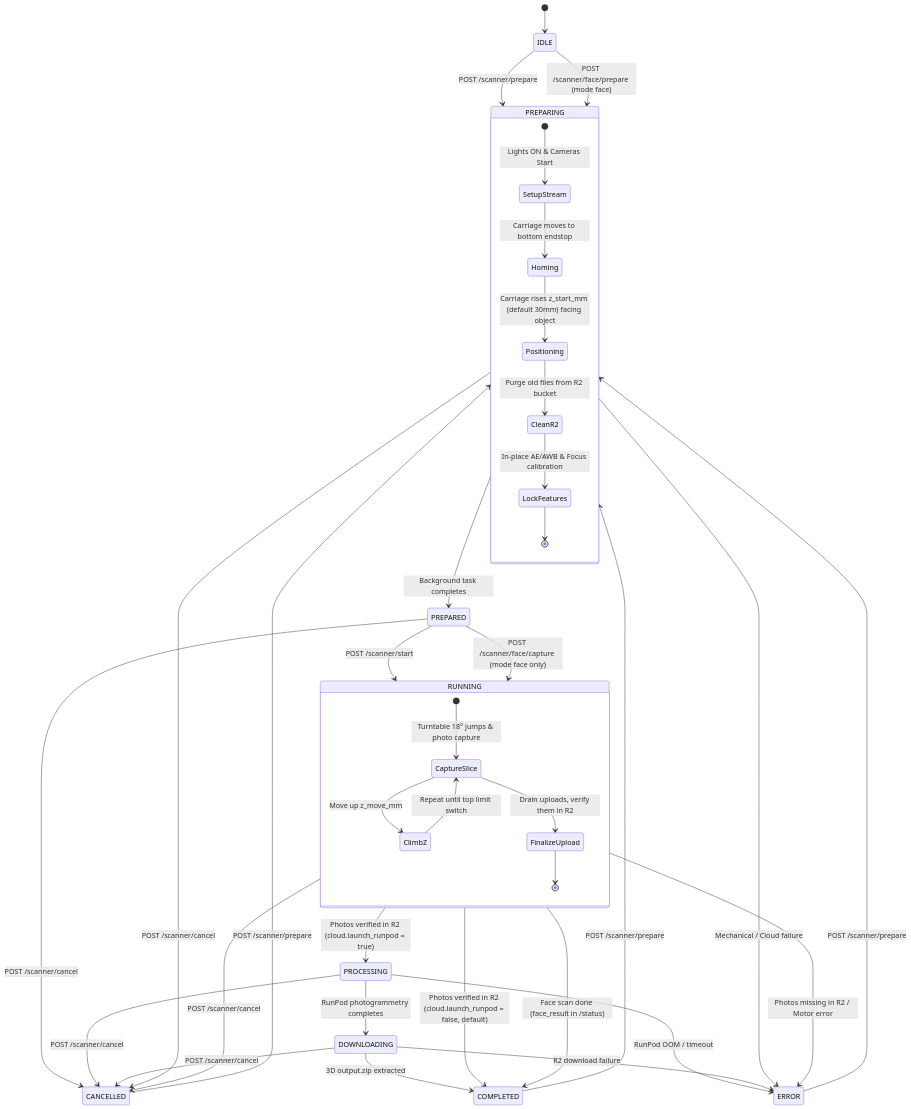
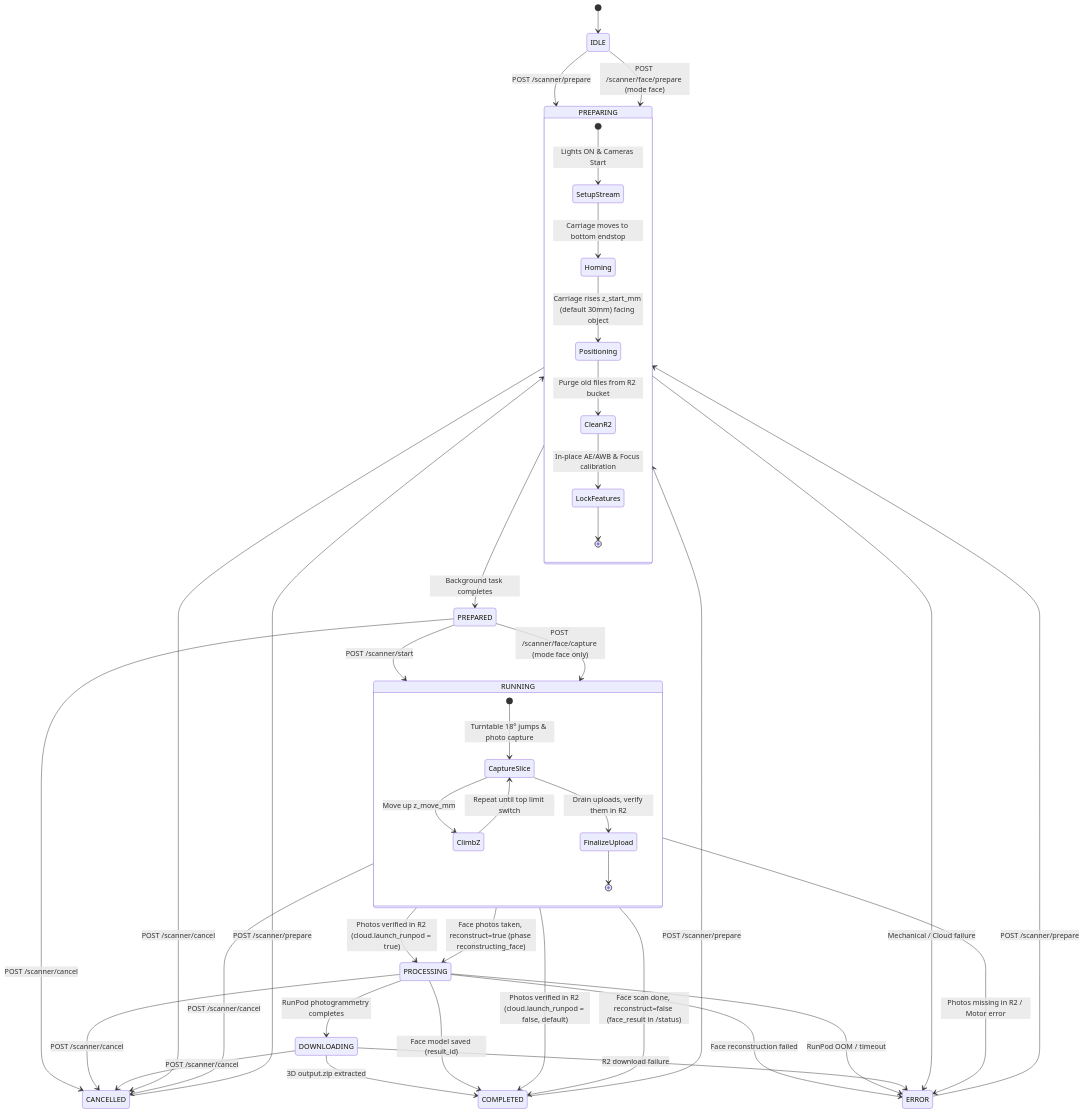
One commit to AlinC10/3d-scanner-raspberry-pi changed the diagram in router/docs/SCANNER_API.md. Above: the diagram before and after it, drawn with Mermaid. The commit also changed other lines of this file and 46 other files, not shown here.

````diff
--- a/router/docs/SCANNER_API.md
+++ b/router/docs/SCANNER_API.md
@@ -19,48 +19,51 @@
 ```mermaid
 stateDiagram-v2
     [*] --> IDLE
     IDLE --> PREPARING: POST /scanner/prepare
     COMPLETED --> PREPARING: POST /scanner/prepare
     CANCELLED --> PREPARING: POST /scanner/prepare
     ERROR --> PREPARING: POST /scanner/prepare
 
     state PREPARING {
         [*] --> SetupStream: Lights ON & Cameras Start
         SetupStream --> Homing: Carriage moves to bottom endstop
         Homing --> Positioning: Carriage rises z_start_mm (default 30mm) facing object
         Positioning --> CleanR2: Purge old files from R2 bucket
         CleanR2 --> LockFeatures: In-place AE/AWB & Focus calibration
         LockFeatures --> [*]
     }
 
     PREPARING --> PREPARED: Background task completes
     PREPARED --> RUNNING: POST /scanner/start
 
     state RUNNING {
         [*] --> CaptureSlice: Turntable 18° jumps & photo capture
         CaptureSlice --> ClimbZ: Move up z_move_mm
         ClimbZ --> CaptureSlice: Repeat until top limit switch
         CaptureSlice --> FinalizeUpload: Drain uploads, verify them in R2
         FinalizeUpload --> [*]
     }
 
     RUNNING --> COMPLETED: Photos verified in R2 (cloud.launch_runpod = false, default)
     RUNNING --> PROCESSING: Photos verified in R2 (cloud.launch_runpod = true)
     PROCESSING --> DOWNLOADING: RunPod photogrammetry completes
     DOWNLOADING --> COMPLETED: 3D output.zip extracted
 
     IDLE --> PREPARING: POST /scanner/face/prepare (mode face)
     PREPARED --> RUNNING: POST /scanner/face/capture (mode face only)
-    RUNNING --> COMPLETED: Face scan done (face_result in /status)
+    RUNNING --> COMPLETED: Face scan done, reconstruct=false (face_result in /status)
+    RUNNING --> PROCESSING: Face photos taken, reconstruct=true (phase reconstructing_face)
+    PROCESSING --> COMPLETED: Face model saved (result_id)
+    PROCESSING --> ERROR: Face reconstruction failed
 
     PREPARING --> CANCELLED: POST /scanner/cancel
     PREPARED --> CANCELLED: POST /scanner/cancel
     RUNNING --> CANCELLED: POST /scanner/cancel
     PROCESSING --> CANCELLED: POST /scanner/cancel
     DOWNLOADING --> CANCELLED: POST /scanner/cancel
 
     PREPARING --> ERROR: Mechanical / Cloud failure
     RUNNING --> ERROR: Photos missing in R2 / Motor error
     PROCESSING --> ERROR: RunPod OOM / timeout
     DOWNLOADING --> ERROR: R2 download failure
 ```
````
